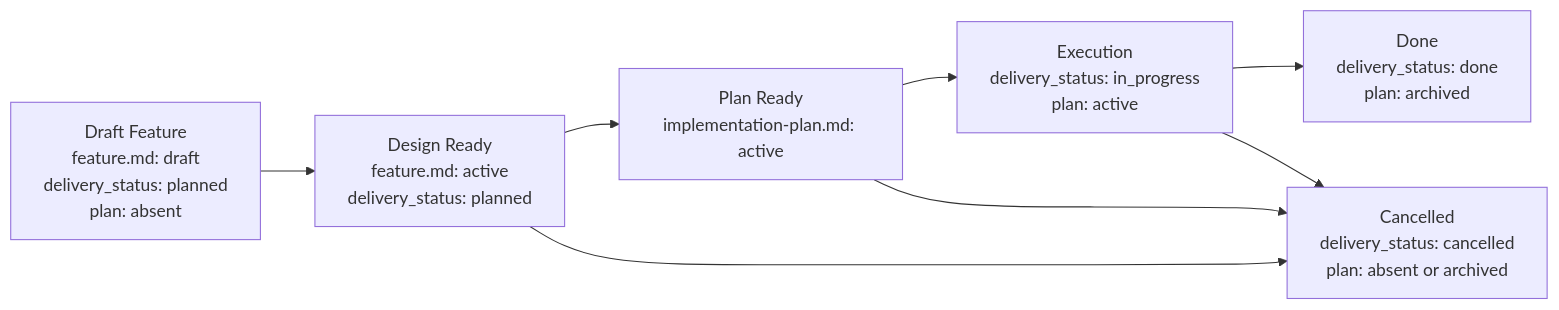
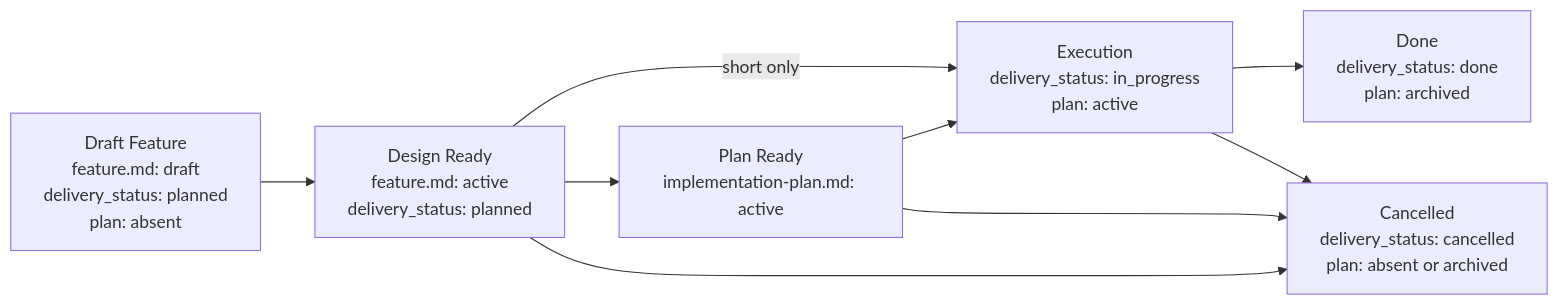
One commit to Arshev/apartus changed the diagram in memory-bank/flows/feature-flow.md. Above: the diagram before and after it, drawn with Mermaid. The commit also changed other lines of this file and 31 other files, not shown here.

````diff
--- a/memory-bank/flows/feature-flow.md
+++ b/memory-bank/flows/feature-flow.md
@@ -56,10 +67,11 @@
 ```mermaid
 flowchart LR
     DF["Draft Feature<br/>feature.md: draft<br/>delivery_status: planned<br/>plan: absent"] --> DR["Design Ready<br/>feature.md: active<br/>delivery_status: planned"]
     DR --> PR["Plan Ready<br/>implementation-plan.md: active"]
     PR --> EX["Execution<br/>delivery_status: in_progress<br/>plan: active"]
     DR --> CL["Cancelled<br/>delivery_status: cancelled<br/>plan: absent or archived"]
     PR --> CL
     EX --> DN["Done<br/>delivery_status: done<br/>plan: archived"]
     EX --> CL
+    DR -->|"short only"| EX
 ```
````
